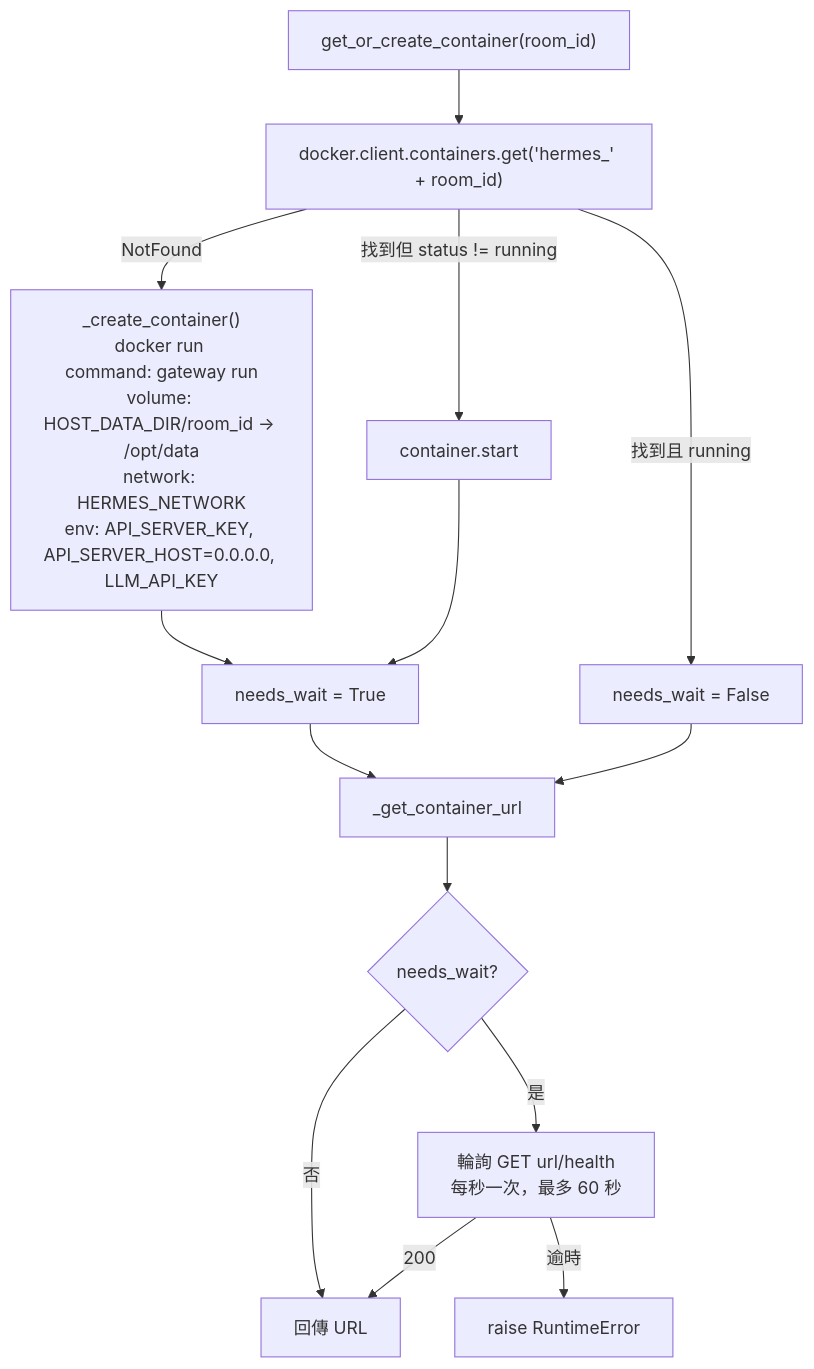
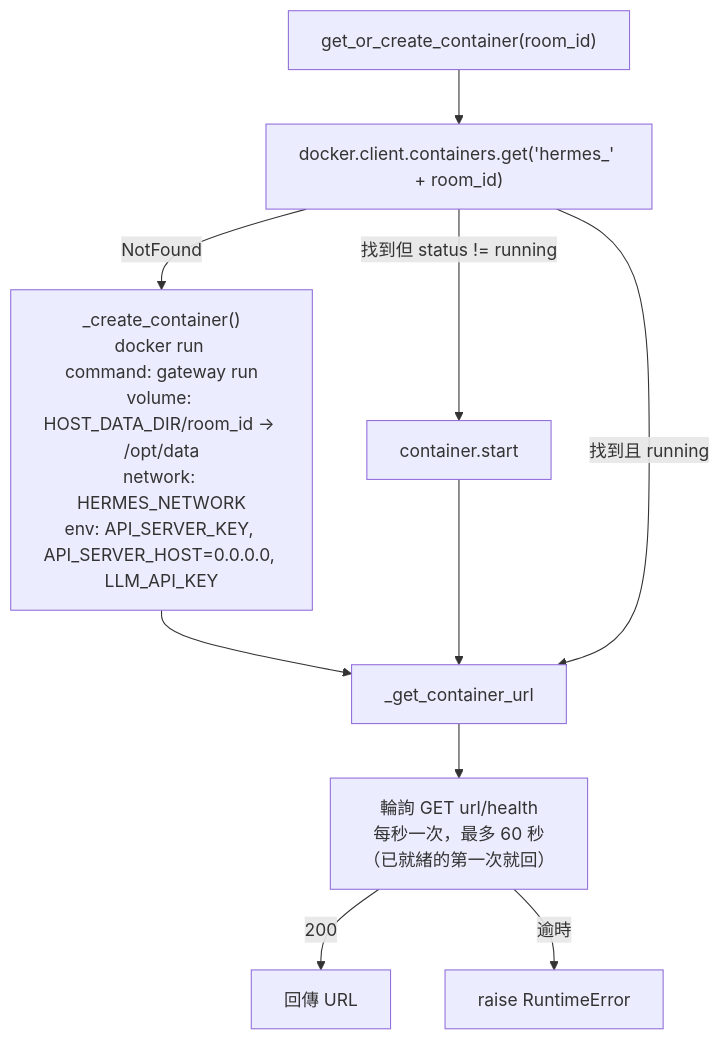
Before and after one commit to marychouchou/alice-office: the first of 2 diagrams in docs/router-hermes-agent-protocol.md, drawn with Mermaid. The commit also changed other lines of this file and 7 other files, not shown here.

````diff
--- a/docs/router-hermes-agent-protocol.md
+++ b/docs/router-hermes-agent-protocol.md
@@ -27,16 +27,12 @@
 ```mermaid
 flowchart TD
     A["get_or_create_container(room_id)"] --> B["docker.client.containers.get('hermes_' + room_id)"]
     B -- NotFound --> C["_create_container()\ndocker run <HERMES_IMAGE>\ncommand: gateway run\nvolume: HOST_DATA_DIR/room_id → /opt/data\nnetwork: HERMES_NETWORK\nenv: API_SERVER_KEY, API_SERVER_HOST=0.0.0.0, LLM_API_KEY"]
-    C --> D[needs_wait = True]
+    C --> G[_get_container_url]
     B -- 找到但 status != running --> E[container.start]
-    E --> D
-    B -- 找到且 running --> F[needs_wait = False]
-    D --> G[_get_container_url]
-    F --> G
-    G --> H{needs_wait?}
-    H -- 是 --> I["輪詢 GET url/health\n每秒一次，最多 60 秒"]
-    H -- 否 --> J[回傳 URL]
-    I -- 200 --> J
+    E --> G
+    B -- 找到且 running --> G
+    G --> I["輪詢 GET url/health\n每秒一次，最多 60 秒\n（已就緒的第一次就回）"]
+    I -- 200 --> J[回傳 URL]
     I -- 逾時 --> K[raise RuntimeError]
 ```
````
